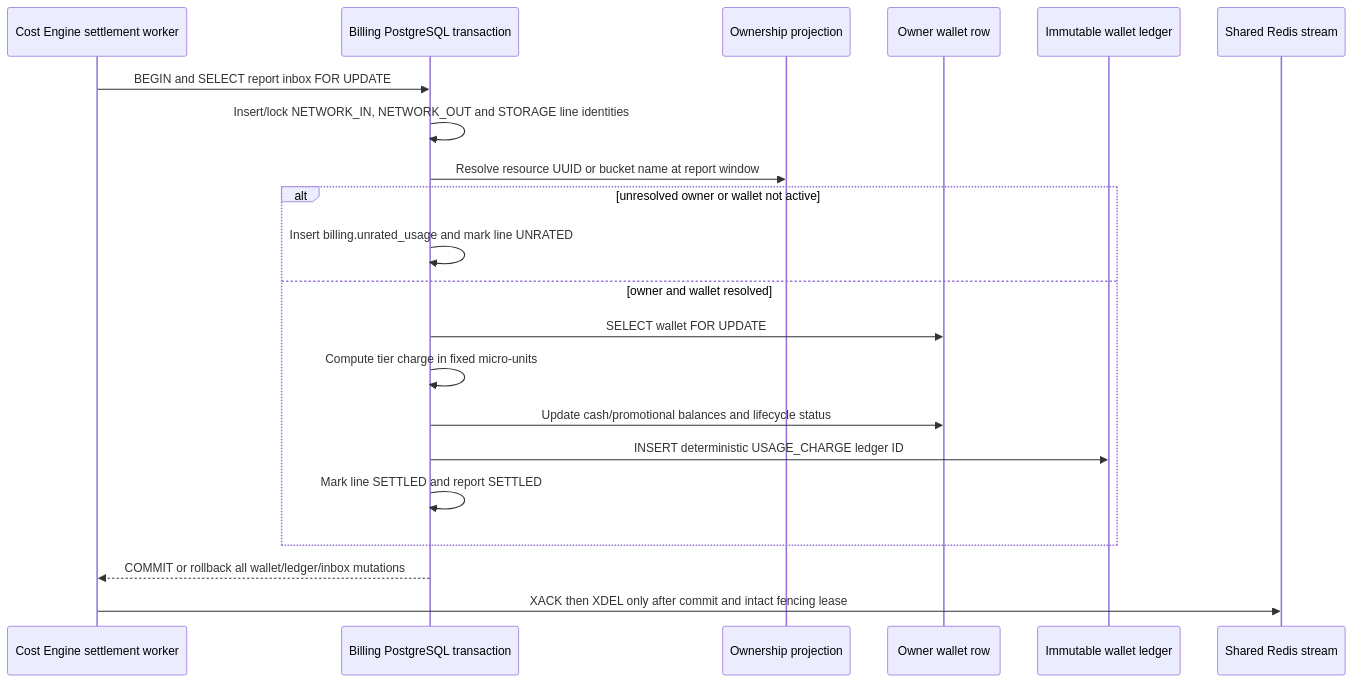
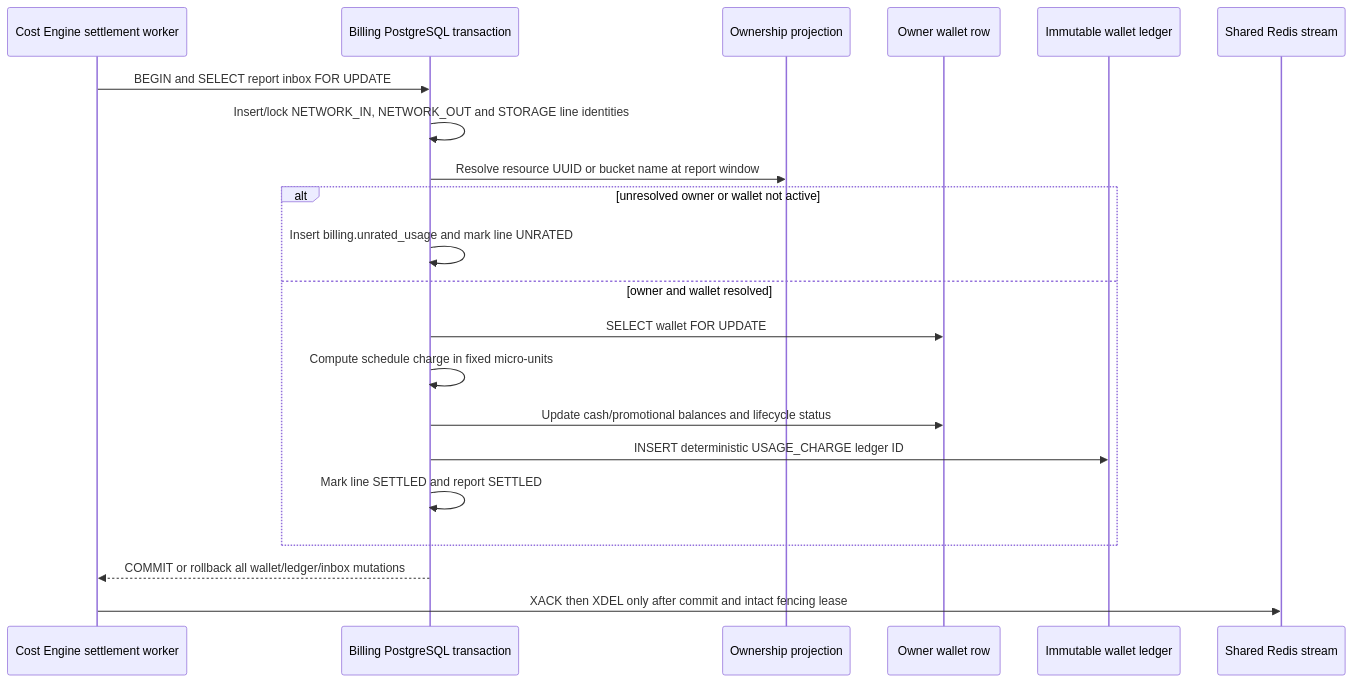
The third of 5 diagrams in god_view/billing/billing_storage_usage_settlement_god_view_workflow.md (phucle996/aurora), drawn with Mermaid before and after one commit. The commit also changed other lines of this file and 125 other files, not shown here.

````diff
--- a/god_view/billing/billing_storage_usage_settlement_god_view_workflow.md
+++ b/god_view/billing/billing_storage_usage_settlement_god_view_workflow.md
@@ -115,24 +115,24 @@
 ```mermaid
 sequenceDiagram
     participant E as Cost Engine settlement worker
     participant P as Billing PostgreSQL transaction
     participant O as Ownership projection
     participant W as Owner wallet row
     participant L as Immutable wallet ledger
     participant R as Shared Redis stream
 
     E->>P: BEGIN and SELECT report inbox FOR UPDATE
     P->>P: Insert/lock NETWORK_IN, NETWORK_OUT and STORAGE line identities
     P->>O: Resolve resource UUID or bucket name at report window
     alt unresolved owner or wallet not active
         P->>P: Insert billing.unrated_usage and mark line UNRATED
     else owner and wallet resolved
         P->>W: SELECT wallet FOR UPDATE
-        P->>P: Compute tier charge in fixed micro-units
+        P->>P: Compute schedule charge in fixed micro-units
         P->>W: Update cash/promotional balances and lifecycle status
         P->>L: INSERT deterministic USAGE_CHARGE ledger ID
         P->>P: Mark line SETTLED and report SETTLED
     end
     P-->>E: COMMIT or rollback all wallet/ledger/inbox mutations
     E->>R: XACK then XDEL only after commit and intact fencing lease
 ```
````
